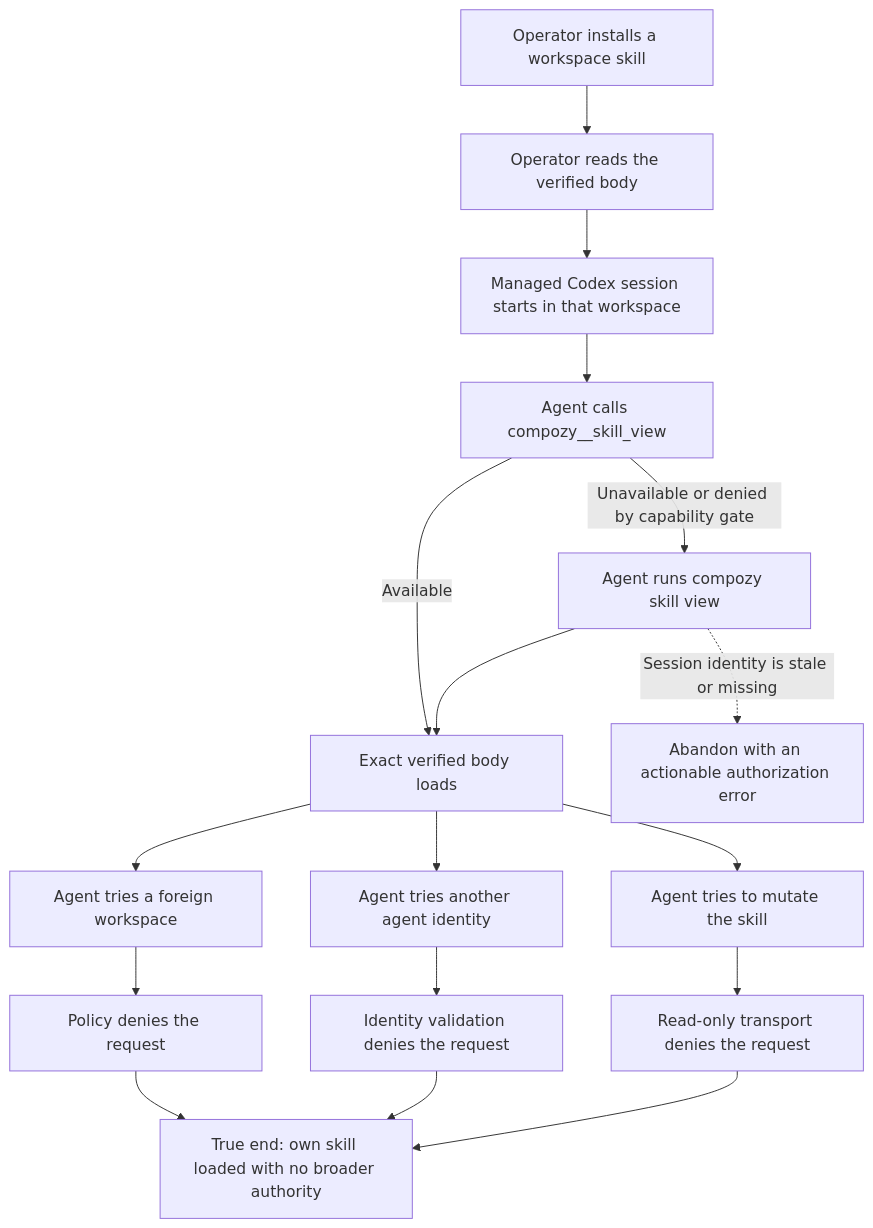
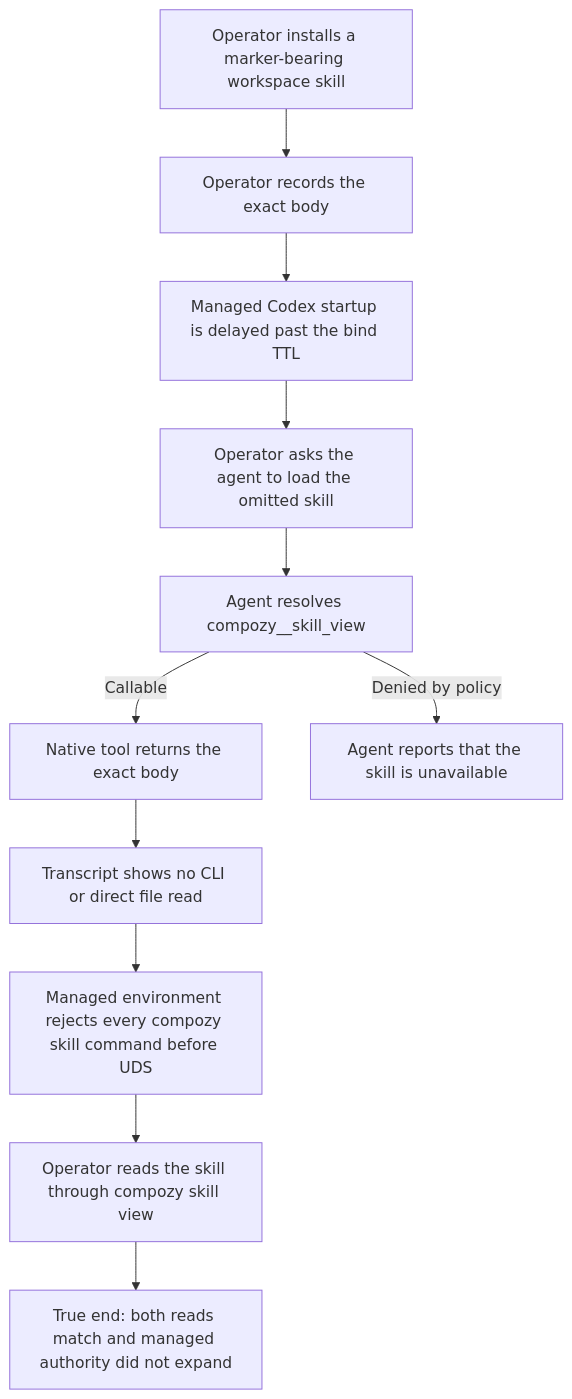
One commit to compozy/compozy changed the diagram in docs/qa/journeys/J-load-skill-in-managed-session.md. Above: the diagram before and after it, drawn with Mermaid. The commit also changed other lines of this file and 68 other files, not shown here.

Commit message:
fix: keep managed skill loading on native seam

````diff
--- a/docs/qa/journeys/J-load-skill-in-managed-session.md
+++ b/docs/qa/journeys/J-load-skill-in-managed-session.md
@@ -5,19 +7,13 @@
 ```mermaid
 flowchart TD
-  A[Operator installs a workspace skill] --> B[Operator reads the verified body]
-  B --> C[Managed Codex session starts in that workspace]
-  C --> D[Agent calls compozy__skill_view]
-  D -->|Available| E[Exact verified body loads]
-  D -->|Unavailable or denied by capability gate| F[Agent runs compozy skill view]
-  F --> E
-  E --> L[Agent tries to mutate the skill]
-  L --> M[Read-only transport denies the request]
-  E --> G[Agent tries a foreign workspace]
-  G --> H[Policy denies the request]
-  E --> I[Agent tries another agent identity]
-  I --> J[Identity validation denies the request]
-  H --> K[True end: own skill loaded with no broader authority]
-  J --> K
-  M --> K
-  F -.->|Session identity is stale or missing| X[Abandon with an actionable authorization error]
+  A[Operator installs a marker-bearing workspace skill] --> B[Operator records the exact body]
+  B --> C[Managed Codex startup is delayed past the bind TTL]
+  C --> D[Operator asks the agent to load the omitted skill]
+  D --> E[Agent resolves compozy__skill_view]
+  E -->|Callable| F[Native tool returns the exact body]
+  E -->|Denied by policy| X[Agent reports that the skill is unavailable]
+  F --> G[Transcript shows no CLI or direct file read]
+  G --> H[Managed environment rejects every compozy skill command before UDS]
+  H --> I[Operator reads the skill through compozy skill view]
+  I --> J[True end: both reads match and managed authority did not expand]
 ```
````
